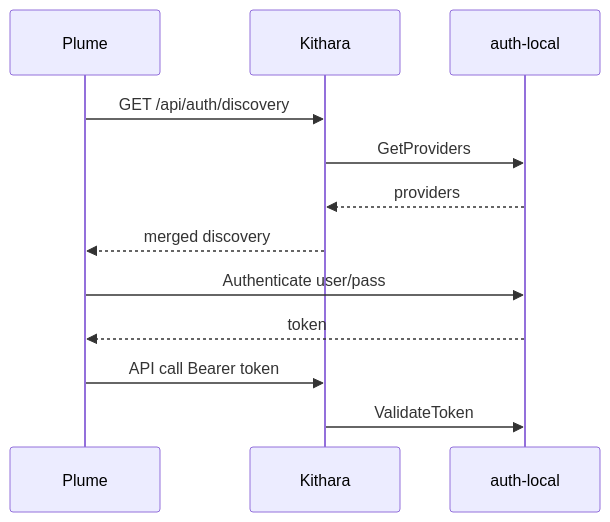
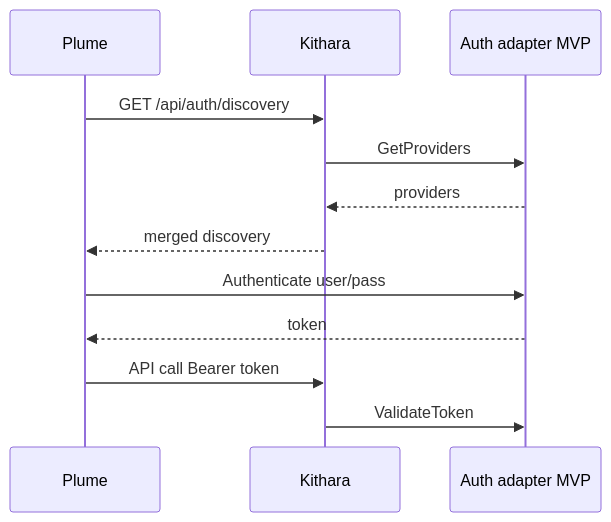
Before and after one commit to Bardie-radio/bardie-kithara: the diagram in docs/architecture/interfaces/auth.md, drawn with Mermaid. The commit also changed other lines of this file and 31 other files, not shown here.

````diff
--- a/docs/architecture/interfaces/auth.md
+++ b/docs/architecture/interfaces/auth.md
@@ -3,15 +3,15 @@
 ```mermaid
 sequenceDiagram
   participant Plume
   participant Kithara
-  participant Adapter as auth-local
+  participant Adapter as Auth adapter MVP
 
   Plume->>Kithara: GET /api/auth/discovery
   Kithara->>Adapter: GetProviders
   Adapter-->>Kithara: providers
   Kithara-->>Plume: merged discovery
   Plume->>Adapter: Authenticate user/pass
   Adapter-->>Plume: token
   Plume->>Kithara: API call Bearer token
   Kithara->>Adapter: ValidateToken
 ```
````
